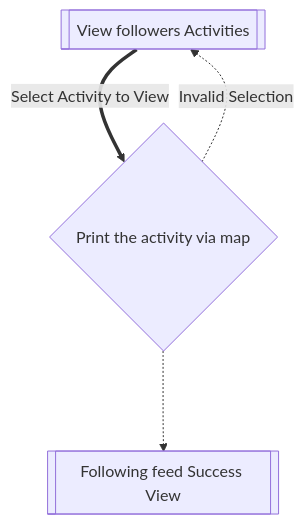
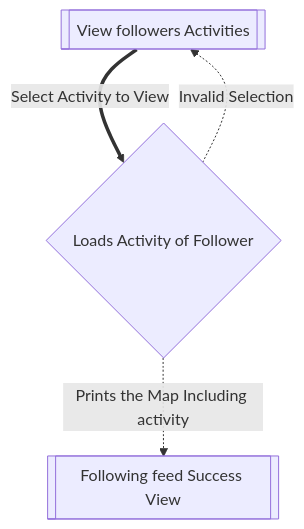
Before and after one commit to umangmehta0007/Excercise_Tracker: the third of 12 diagrams in README.md, drawn with Mermaid. The commit also changed other lines of this file, not shown here.

Commit message:
Updated Flows of interactions

````diff
--- a/README.md
+++ b/README.md
@@ -104,15 +105,15 @@
 ```mermaid
 flowchart
 
     viewact[[View followers Activities]]
     
-    printMap{Print the activity via map}
+    printMap{Loads Activity of Follower}
 
     viewact ==Select Activity to View==>printMap
 
     printMap -.Invalid Selection.-> viewact
 
-    printMap -..-> success
+    printMap -.Prints the Map Including activity.-> success
 
     success[[Following feed Success View]]
 ```
````
